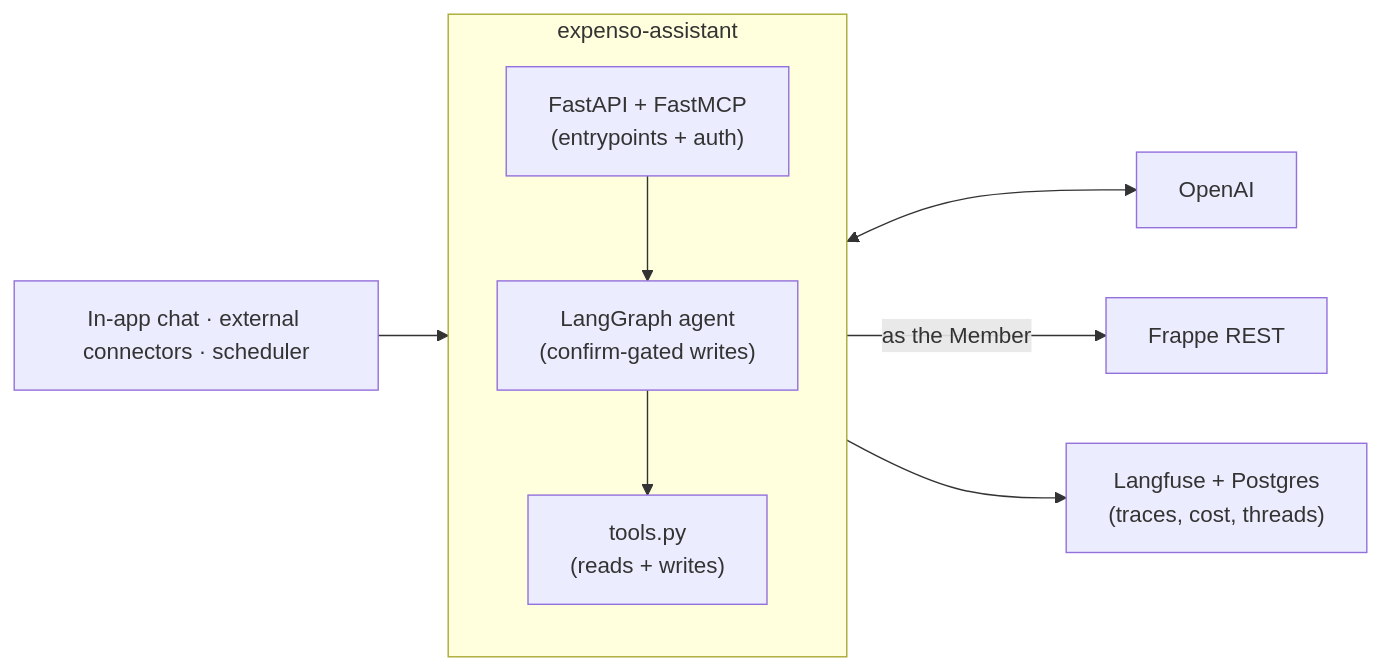
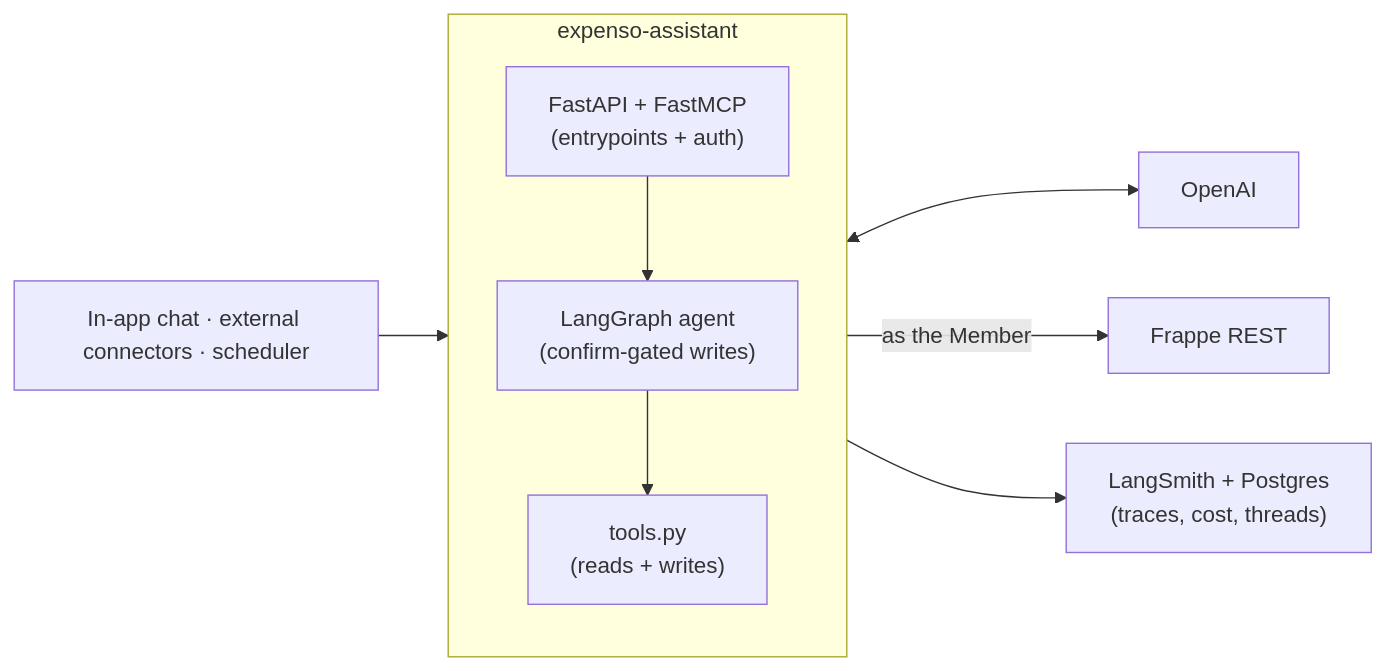
The second of 3 diagrams in docs/ARCHITECTURE.md (arunjoyt/expenso), drawn with Mermaid before and after one commit. The commit also changed other lines of this file and 7 other files, not shown here.

First line of the commit message:
docs: ADR 0011 — Assistant tracing moves to hosted LangSmith

````diff
--- a/docs/ARCHITECTURE.md
+++ b/docs/ARCHITECTURE.md
@@ -232,15 +232,15 @@
 ```mermaid
 flowchart LR
     In["In-app chat · external connectors · scheduler"]
     subgraph Svc["expenso-assistant"]
         direction TB
         Entry["FastAPI + FastMCP<br/>(entrypoints + auth)"]
         Agent["LangGraph agent<br/>(confirm-gated writes)"]
         Tools["tools.py<br/>(reads + writes)"]
         Entry --> Agent --> Tools
     end
     In --> Entry
     Agent <--> OpenAI
     Tools -->|"as the Member"| Frappe["Frappe REST"]
-    Agent --> Obs["Langfuse + Postgres<br/>(traces, cost, threads)"]
+    Agent --> Obs["LangSmith + Postgres<br/>(traces, cost, threads)"]
 ```
````
